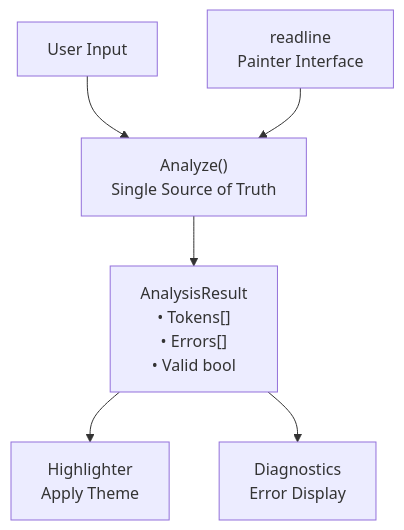
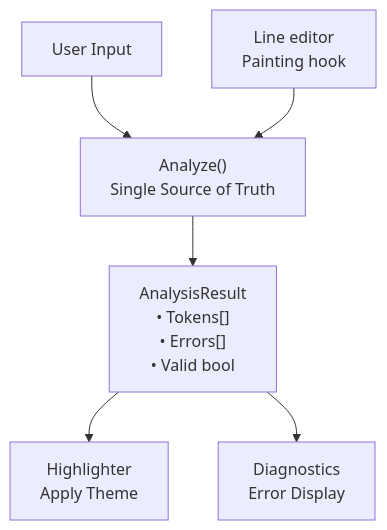
Before and after one commit to wow-look-at-my/foundation-shell-spec: the diagram in src/highlighting.md, drawn with Mermaid. The commit also changed other lines of this file and 10 other files, not shown here.

````diff
--- a/src/highlighting.md
+++ b/src/highlighting.md
@@ -41,15 +41,15 @@
 ```mermaid
 flowchart TD
     Input[User Input]
-    Painter[readline<br>Painter Interface]
+    Painter[Line editor<br>Painting hook]
     Analyze[Analyze&lpar;&rpar;<br>Single Source of Truth]
     Result[AnalysisResult<br>• Tokens&lbrack;&rbrack;<br>• Errors&lbrack;&rbrack;<br>• Valid bool]
     Highlighter[Highlighter<br>Apply Theme]
     Diagnostics[Diagnostics<br>Error Display]
 
     Input --> Analyze
     Painter --> Analyze
     Analyze --> Result
     Result --> Highlighter
     Result --> Diagnostics
 ```
````
